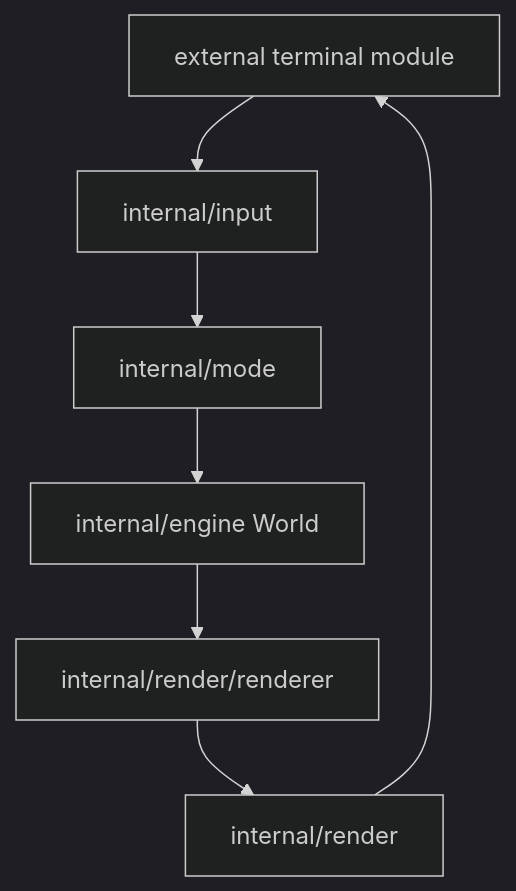
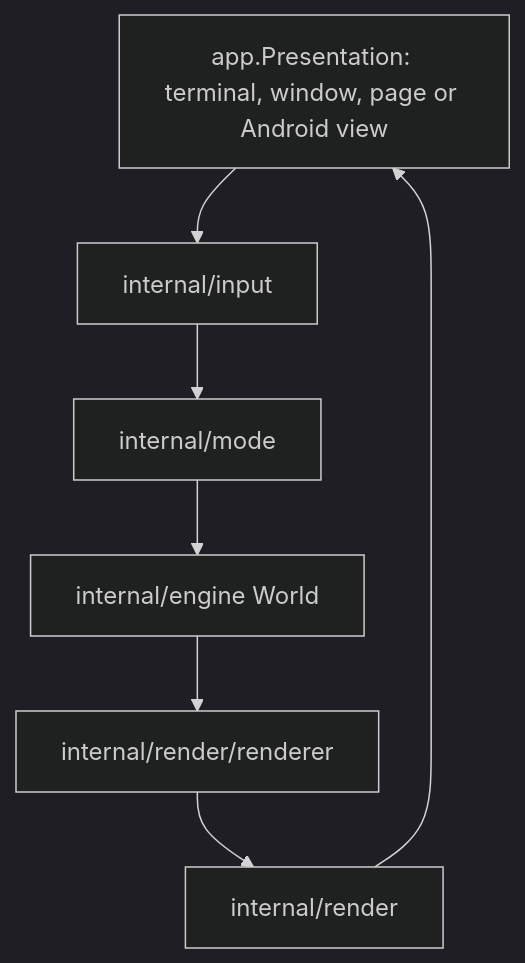
Before and after one commit to lixenwraith/vif: the third of 4 diagrams in doc/package-map.md, drawn with Mermaid (dark theme). The commit also changed other lines of this file and 23 other files, not shown here.

````diff
--- a/doc/package-map.md
+++ b/doc/package-map.md
@@ -52,9 +52,9 @@
 ```mermaid
 flowchart TD
-    Terminal["external terminal module"] --> Input["internal/input"]
+    Presentation["app.Presentation: terminal, window, page or Android view"] --> Input["internal/input"]
     Input --> Mode["internal/mode"]
     Mode --> World["internal/engine World"]
     World --> Renderers["internal/render/renderer"]
     Renderers --> Buffer["internal/render"]
-    Buffer --> Terminal
+    Buffer --> Presentation
 ```
````
